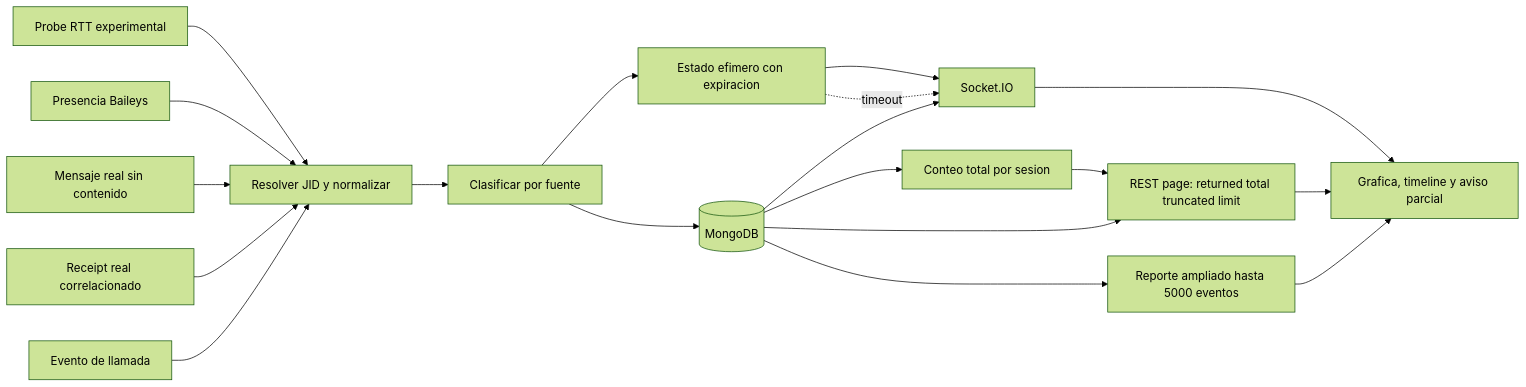
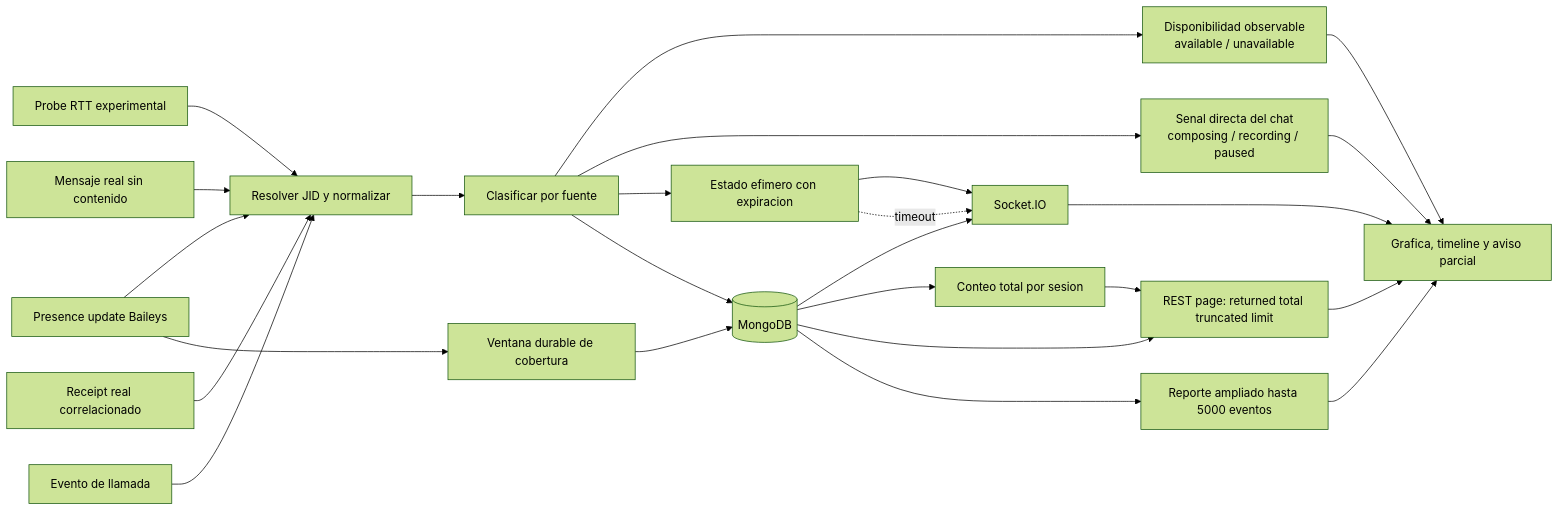
The diagram in docs/diagrams/06-activity-pipeline.md (deco31416/wp-monitor), drawn with Mermaid (forest theme) before and after one commit. The commit also changed other lines of this file and 61 other files, not shown here.

First line of the commit message:
Add comprehensive tests for presence and profile observers, raw node hub, and durable publication

````diff
--- a/docs/diagrams/06-activity-pipeline.md
+++ b/docs/diagrams/06-activity-pipeline.md
@@ -7,36 +7,45 @@
 ```mermaid
 flowchart LR
     RTT[Probe RTT experimental]
-    Presence[Presencia Baileys]
+    Presence[Presence update Baileys]
+    Availability[Disponibilidad observable<br/>available / unavailable]
+    DirectChat[Senal directa del chat<br/>composing / recording / paused]
     Message[Mensaje real sin contenido]
     Receipt[Receipt real correlacionado]
     Call[Evento de llamada]
 
     Normalize[Resolver JID y normalizar]
     Classify[Clasificar por fuente]
     Ephemeral[Estado efimero con expiracion]
+    Coverage[Ventana durable de cobertura]
     Durable[(MongoDB)]
     Count[Conteo total por sesion]
     ActivityAPI[REST page: returned total truncated limit]
     Socket[Socket.IO]
     UI[Grafica, timeline y aviso parcial]
     FullReport[Reporte ampliado hasta 5000 eventos]
 
     RTT --> Normalize
     Presence --> Normalize
     Message --> Normalize
     Receipt --> Normalize
     Call --> Normalize
     Normalize --> Classify
+    Classify --> Availability
+    Classify --> DirectChat
     Classify --> Ephemeral
     Classify --> Durable
+    Presence --> Coverage
+    Coverage --> Durable
     Ephemeral --> Socket
     Durable --> Socket
     Durable --> Count --> ActivityAPI
     Durable --> ActivityAPI
     Durable --> FullReport
     Socket --> UI
     ActivityAPI --> UI
+    Availability --> UI
+    DirectChat --> UI
     FullReport --> UI
     Ephemeral -. timeout .-> Socket
 ```
````
